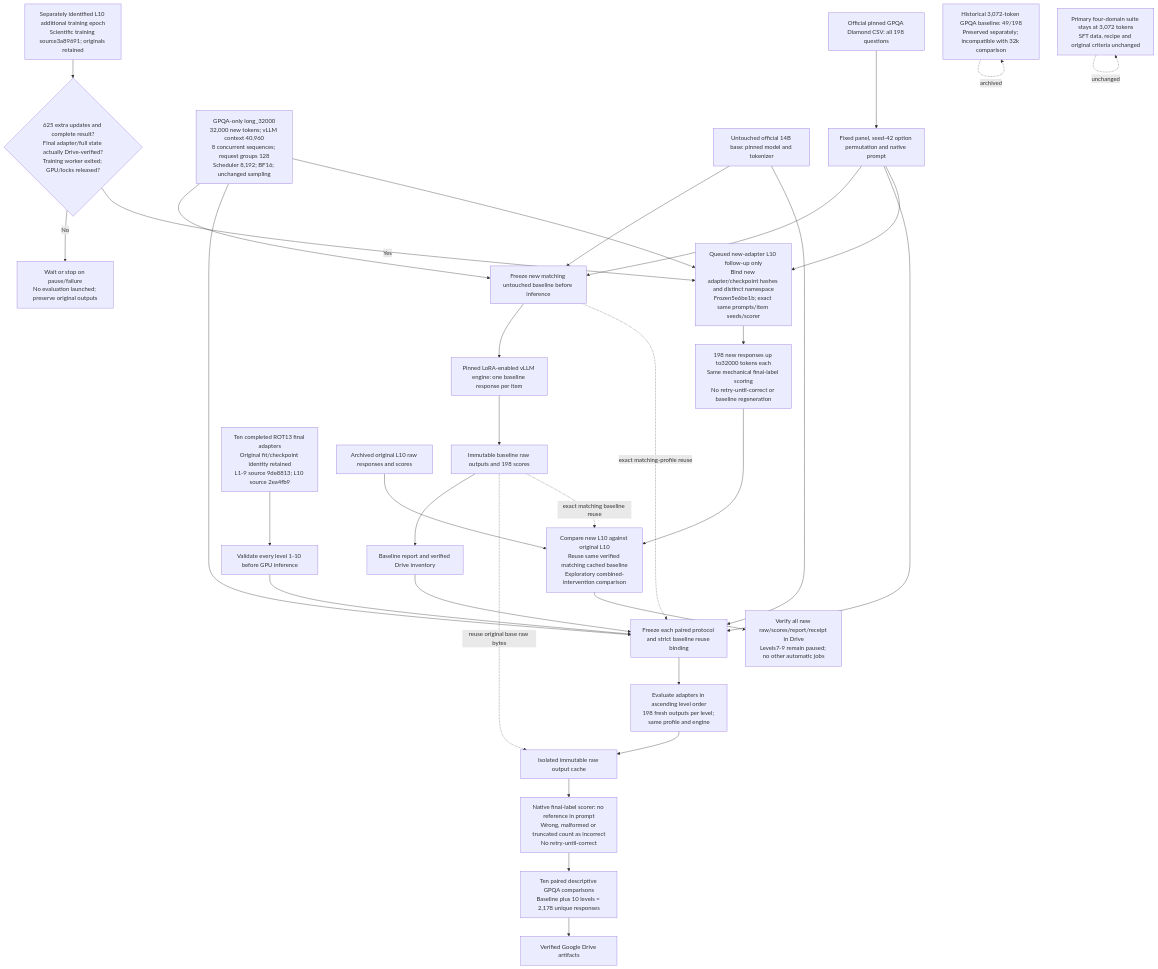
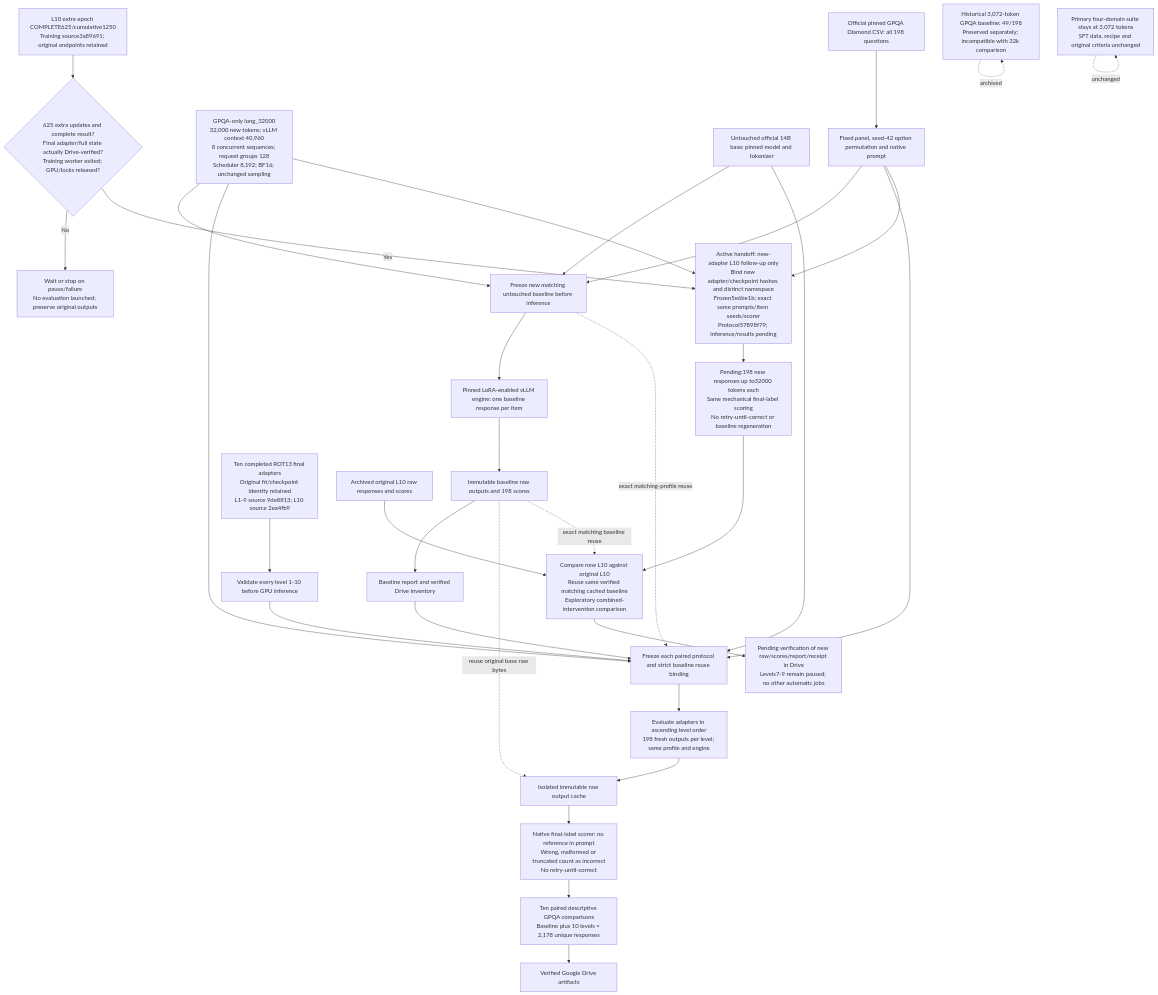
Before and after one commit to AJUNNYC/inducing_persistent_textual_chain_of_thought_illegibility: the diagram in spec/mermaid/workflows/evaluation/supplemental_gpqa.mmd, drawn with Mermaid. The commit also changed 16 other files, not shown here.

```diff
--- a/spec/mermaid/workflows/evaluation/supplemental_gpqa.mmd
+++ b/spec/mermaid/workflows/evaluation/supplemental_gpqa.mmd
@@ -1,35 +1,35 @@
 flowchart TD
-%% 16Oct user-authorized additional-epoch L10 follow-up queued; original levels7-9 paused.
-%% Scientific evaluator remains frozen5e6be1b; new adapter/protocol namespace, same settings/seeds/scorer.
+%% 16Oct extra epoch COMPLETE625/cumulative1250,26 Driveverified,trainerexit0; original levels7-9 paused.
+%% Dispatcher RUNNING11:31:53UTC preparing newL10; GPUinference/results pending. Evaluator frozen5e6be1b.
     O[Official pinned GPQA Diamond CSV: all 198 questions] --> P[Fixed panel, seed-42 option permutation and native prompt]
     PROFILE[GPQA-only long_32000<br/>32,000 new tokens; vLLM context 40,960<br/>8 concurrent sequences; request groups 128<br/>Scheduler 8,192; BF16; unchanged sampling] --> BF
     P --> BF[Freeze new matching untouched baseline before inference]
     B[Untouched official 14B base: pinned model and tokenizer] --> BF
     BF --> BG[Pinned LoRA-enabled vLLM engine: one baseline response per item]
     BG --> BR[Immutable baseline raw outputs and 198 scores]
     BR --> BD[Baseline report and verified Drive inventory]
     A[Ten completed ROT13 final adapters<br/>Original fit/checkpoint identity retained<br/>L1-9 source 9de8813; L10 source 2ea4fb9] --> V[Validate every level 1-10 before GPU inference]
     V --> F[Freeze each paired protocol and strict baseline reuse binding]
     P --> F
     PROFILE --> F
     BD --> F
     B --> F
     BF -. exact matching-profile reuse .-> F
     BR -. reuse original base raw bytes .-> R
     F --> G[Evaluate adapters in ascending level order<br/>198 fresh outputs per level; same profile and engine]
     G --> R[Isolated immutable raw output cache]
     R --> S[Native final-label scorer: no reference in prompt<br/>Wrong, malformed or truncated count as incorrect<br/>No retry-until-correct]
     S --> C[Ten paired descriptive GPQA comparisons<br/>Baseline plus 10 levels = 2,178 unique responses]
     C --> D[Verified Google Drive artifacts]
-    EXTRA[Separately identified L10 additional training epoch<br/>Scientific training source3a89691; originals retained] --> GATE{625 extra updates and complete result?<br/>Final adapter/full state actually Drive-verified?<br/>Training worker exited; GPU/locks released?}
+    EXTRA[L10 extra epoch COMPLETE625/cumulative1250<br/>Training source3a89691; original endpoints retained] --> GATE{625 extra updates and complete result?<br/>Final adapter/full state actually Drive-verified?<br/>Training worker exited; GPU/locks released?}
     GATE -->|No| HOLD[Wait or stop on pause/failure<br/>No evaluation launched; preserve original outputs]
-    GATE -->|Yes| POST[Queued new-adapter L10 follow-up only<br/>Bind new adapter/checkpoint hashes and distinct namespace<br/>Frozen5e6be1b; exact same prompts/item seeds/scorer]
+    GATE -->|Yes| POST[Active handoff: new-adapter L10 follow-up only<br/>Bind new adapter/checkpoint hashes and distinct namespace<br/>Frozen5e6be1b; exact same prompts/item seeds/scorer<br/>Protocol57898f79; inference/results pending]
     PROFILE --> POST
     P --> POST
-    POST --> POSTRAW[198 new responses up to32000 tokens each<br/>Same mechanical final-label scoring<br/>No retry-until-correct or baseline regeneration]
+    POST --> POSTRAW[Pending:198 new responses up to32000 tokens each<br/>Same mechanical final-label scoring<br/>No retry-until-correct or baseline regeneration]
     POSTRAW --> POSTREPORT[Compare new L10 against original L10<br/>Reuse same verified matching cached baseline<br/>Exploratory combined-intervention comparison]
     BR -. exact matching baseline reuse .-> POSTREPORT
     ORIGINAL10[Archived original L10 raw responses and scores] --> POSTREPORT
-    POSTREPORT --> POSTDRIVE[Verify all new raw/scores/report/receipt in Drive<br/>Levels7-9 remain paused; no other automatic jobs]
+    POSTREPORT --> POSTDRIVE[Pending verification of new raw/scores/report/receipt in Drive<br/>Levels7-9 remain paused; no other automatic jobs]
     OLD[Historical 3,072-token GPQA baseline: 49/198<br/>Preserved separately; incompatible with 32k comparison] -. archived .-> OLD
     X[Primary four-domain suite stays at 3,072 tokens<br/>SFT data, recipe and original criteria unchanged] -. unchanged .-> X
```
